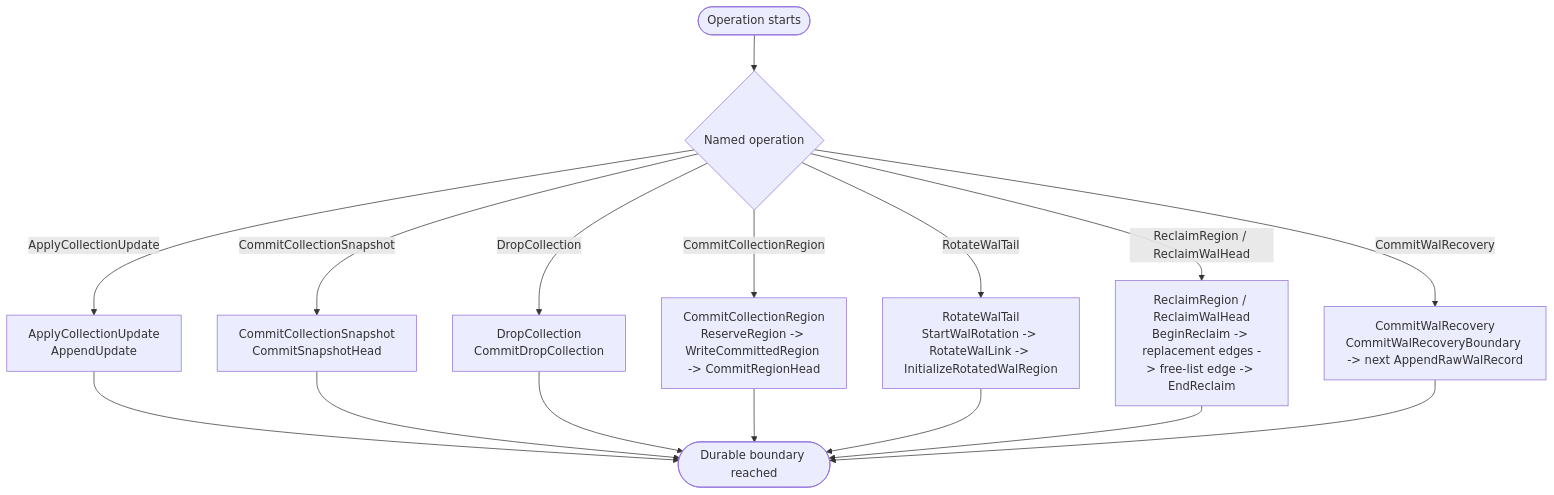
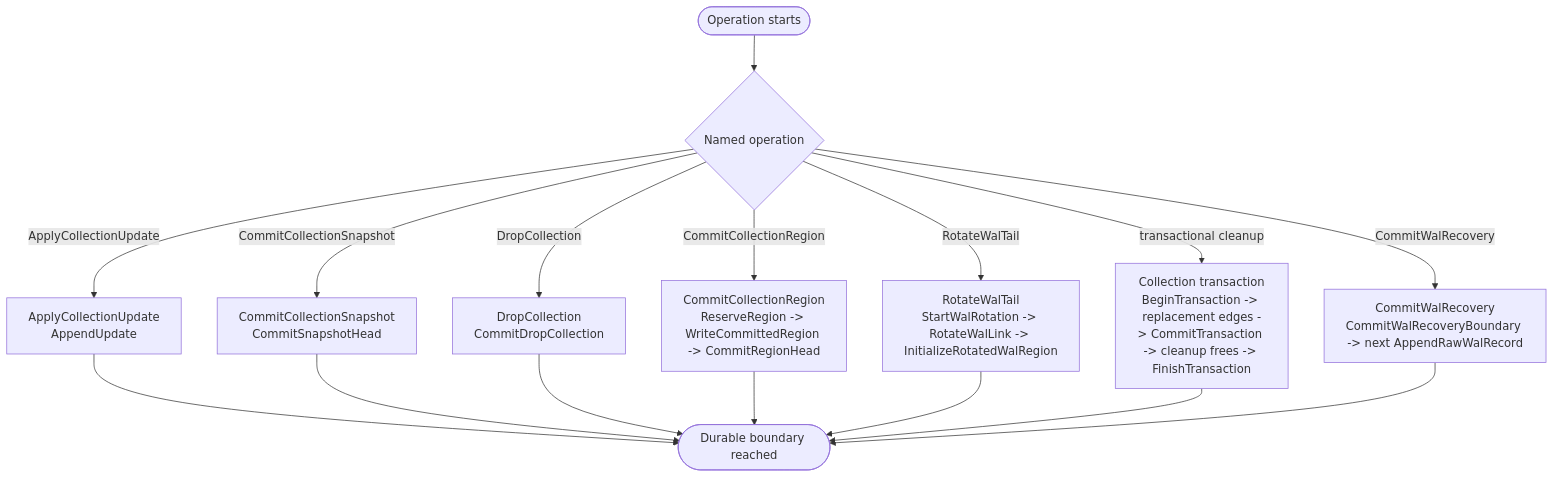
One commit to moore/borromean changed the first of 3 diagrams in spec/ring/08-durability-formatting.md. Above: the diagram before and after it, drawn with Mermaid. The commit also changed other lines of this file and 19 other files, not shown here.

````diff
--- a/spec/ring/08-durability-formatting.md
+++ b/spec/ring/08-durability-formatting.md
@@ -71,30 +71,30 @@
 ```mermaid
 %%{init: {"flowchart": {"wrappingWidth": 180}} }%%
 flowchart TD
     Request([Operation starts])
     Kind{"`Named operation`"}
     Update["`ApplyCollectionUpdate
 AppendUpdate`"]
     Snapshot["`CommitCollectionSnapshot
 CommitSnapshotHead`"]
     Drop["`DropCollection
 CommitDropCollection`"]
     RegionCommit["`CommitCollectionRegion
 ReserveRegion -> WriteCommittedRegion -> CommitRegionHead`"]
     Rotation["`RotateWalTail
 StartWalRotation -> RotateWalLink -> InitializeRotatedWalRegion`"]
-    Reclaim["`ReclaimRegion / ReclaimWalHead
-BeginReclaim -> replacement edges -> free-list edge -> EndReclaim`"]
+    Reclaim["`Collection transaction
+BeginTransaction -> replacement edges -> CommitTransaction -> cleanup frees -> FinishTransaction`"]
     Recovery["`CommitWalRecovery
 CommitWalRecoveryBoundary -> next AppendRawWalRecord`"]
     Durable([Durable boundary reached])
 
     Request --> Kind
     Kind -->|ApplyCollectionUpdate| Update --> Durable
     Kind -->|CommitCollectionSnapshot| Snapshot --> Durable
     Kind -->|DropCollection| Drop --> Durable
     Kind -->|CommitCollectionRegion| RegionCommit --> Durable
     Kind -->|RotateWalTail| Rotation --> Durable
-    Kind -->|ReclaimRegion / ReclaimWalHead| Reclaim --> Durable
+    Kind -->|transactional cleanup| Reclaim --> Durable
     Kind -->|CommitWalRecovery| Recovery --> Durable
 ```
````
